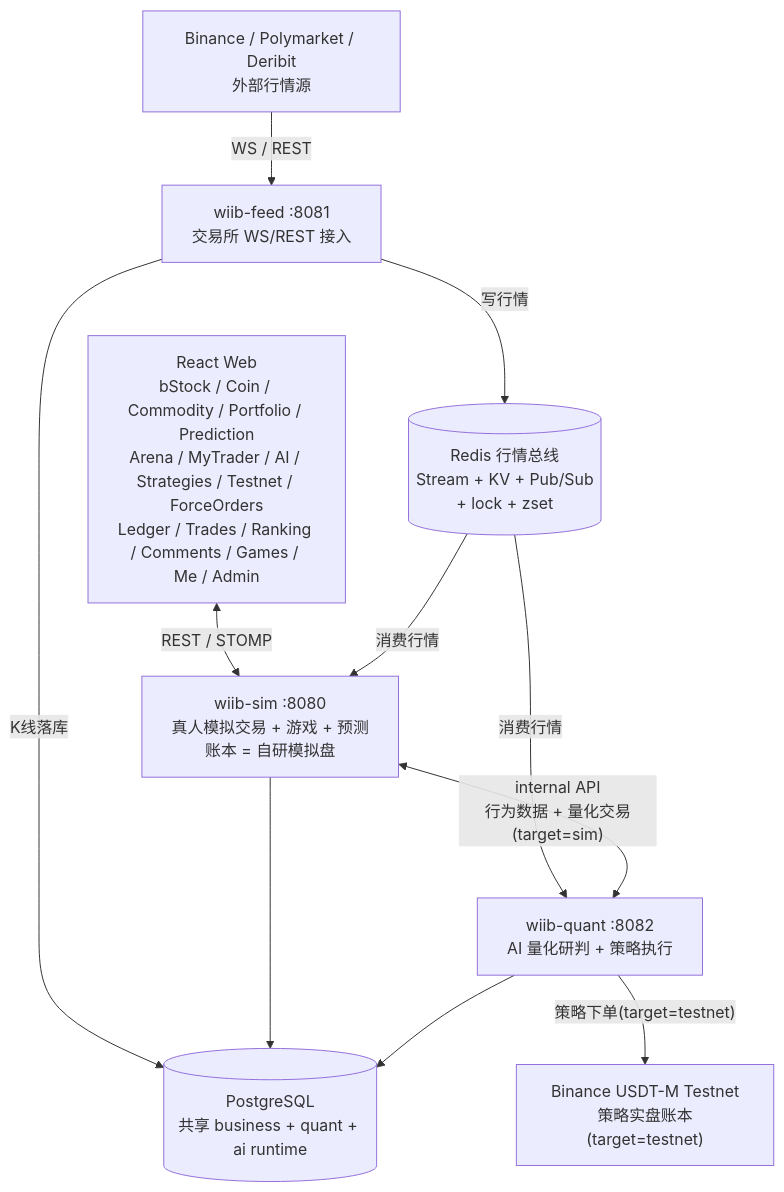
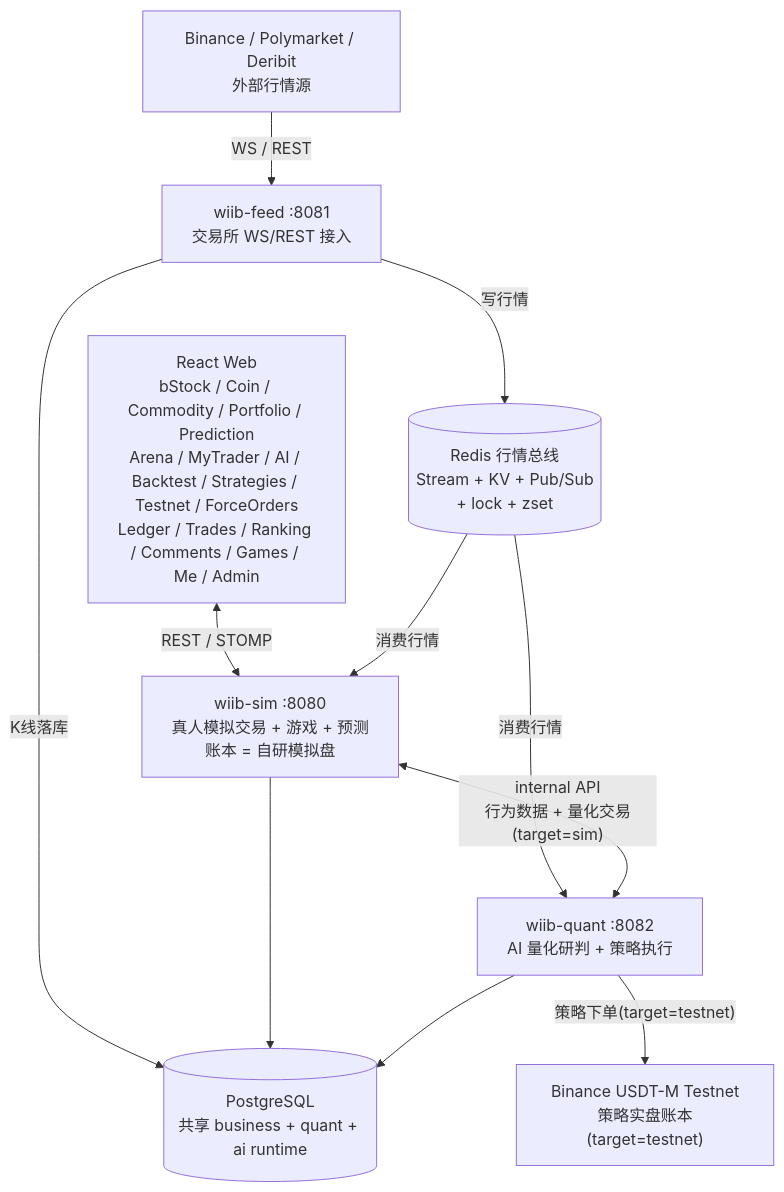
One commit to mamawai/wiib changed the first of 7 diagrams in README.md. Above: the diagram before and after it, drawn with Mermaid. The commit also changed other lines of this file, not shown here.

````diff
--- a/README.md
+++ b/README.md
@@ -159,22 +159,22 @@
 ```mermaid
 flowchart TD
-    UI["React Web<br/>bStock / Coin / Commodity / Portfolio / Prediction<br/>Arena / MyTrader / AI / Strategies / Testnet / ForceOrders<br/>Ledger / Trades / Ranking / Comments / Games / Me / Admin"]
+    UI["React Web<br/>bStock / Coin / Commodity / Portfolio / Prediction<br/>Arena / MyTrader / AI / Backtest / Strategies / Testnet / ForceOrders<br/>Ledger / Trades / Ranking / Comments / Games / Me / Admin"]
     EXC["Binance / Polymarket / Deribit<br/>外部行情源"]
     FEED["wiib-feed :8081<br/>交易所 WS/REST 接入"]
     SIM["wiib-sim :8080<br/>真人模拟交易 + 游戏 + 预测<br/>账本 = 自研模拟盘"]
     QUANT["wiib-quant :8082<br/>AI 量化研判 + 策略执行"]
     DB[("PostgreSQL<br/>共享 business + quant + ai runtime")]
     REDIS[("Redis 行情总线<br/>Stream + KV + Pub/Sub<br/>+ lock + zset")]
     TESTNET["Binance USDT-M Testnet<br/>策略实盘账本(target=testnet)"]
 
     EXC -->|WS / REST| FEED
     FEED -->|写行情| REDIS
     FEED -->|K线落库| DB
     UI <-->|REST / STOMP| SIM
     REDIS -->|消费行情| SIM
     REDIS -->|消费行情| QUANT
     SIM --> DB
     QUANT --> DB
     SIM <-->|"internal API<br/>行为数据 + 量化交易(target=sim)"| QUANT
     QUANT -->|"策略下单(target=testnet)"| TESTNET
 ```
````
